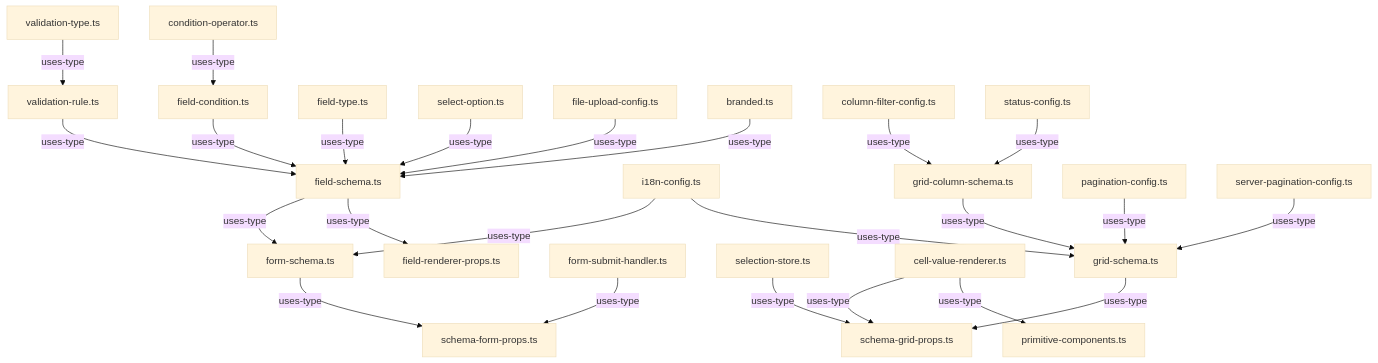
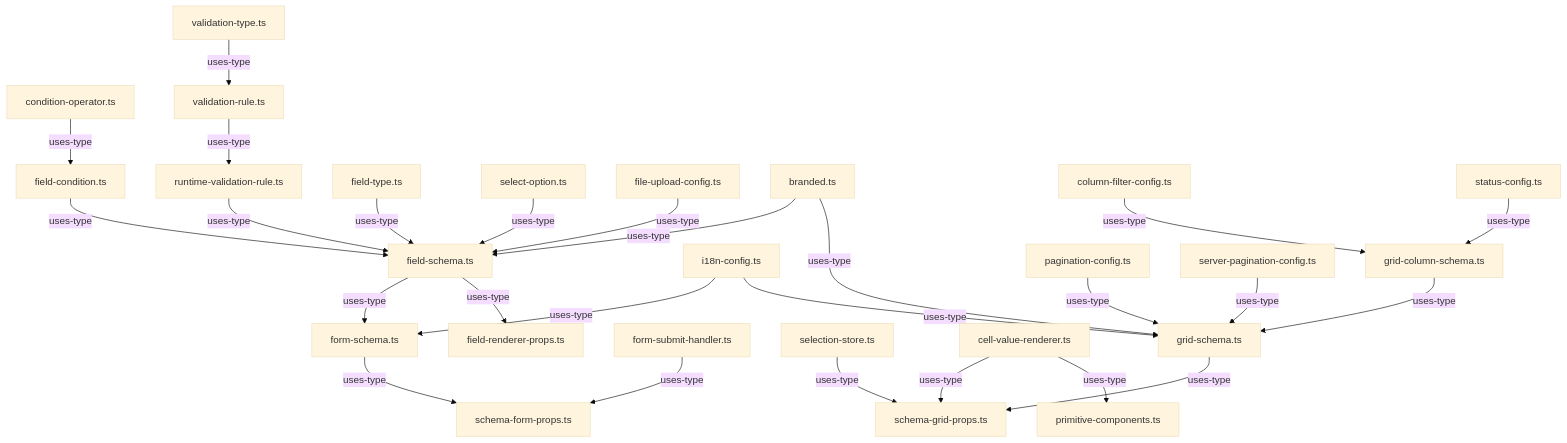
One commit to WianVDM/schema-framework changed the diagram in packages/core/src/engine/types/.context.md. Above: the diagram before and after it, drawn with Mermaid (base theme). The commit also changed other lines of this file and 21 other files, not shown here.

````diff
--- a/packages/core/src/engine/types/.context.md
+++ b/packages/core/src/engine/types/.context.md
@@ -36,34 +37,36 @@
 ```mermaid
 graph TD
     condition-operator.ts -->|uses-type| field-condition.ts
     validation-type.ts -->|uses-type| validation-rule.ts
+    validation-rule.ts -->|uses-type| runtime-validation-rule.ts
 
     field-type.ts -->|uses-type| field-schema.ts
     select-option.ts -->|uses-type| field-schema.ts
-    validation-rule.ts -->|uses-type| field-schema.ts
+    runtime-validation-rule.ts -->|uses-type| field-schema.ts
     field-condition.ts -->|uses-type| field-schema.ts
     file-upload-config.ts -->|uses-type| field-schema.ts
     branded.ts -->|uses-type| field-schema.ts
 
     field-schema.ts -->|uses-type| form-schema.ts
     i18n-config.ts -->|uses-type| form-schema.ts
 
     column-filter-config.ts -->|uses-type| grid-column-schema.ts
     status-config.ts -->|uses-type| grid-column-schema.ts
 
     grid-column-schema.ts -->|uses-type| grid-schema.ts
     pagination-config.ts -->|uses-type| grid-schema.ts
     server-pagination-config.ts -->|uses-type| grid-schema.ts
+    branded.ts -->|uses-type| grid-schema.ts
     i18n-config.ts -->|uses-type| grid-schema.ts
 
     form-schema.ts -->|uses-type| schema-form-props.ts
     form-submit-handler.ts -->|uses-type| schema-form-props.ts
 
     grid-schema.ts -->|uses-type| schema-grid-props.ts
     selection-store.ts -->|uses-type| schema-grid-props.ts
     cell-value-renderer.ts -->|uses-type| schema-grid-props.ts
 
     field-schema.ts -->|uses-type| field-renderer-props.ts
     cell-value-renderer.ts -->|uses-type| primitive-components.ts
 
 ```
````
